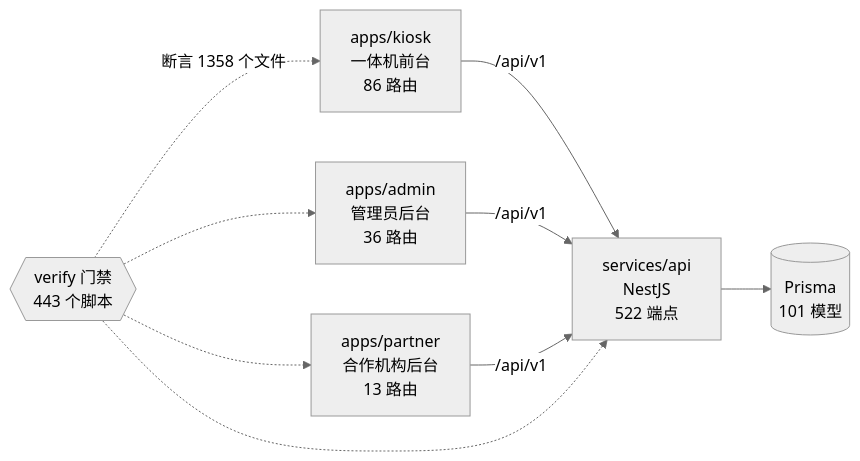
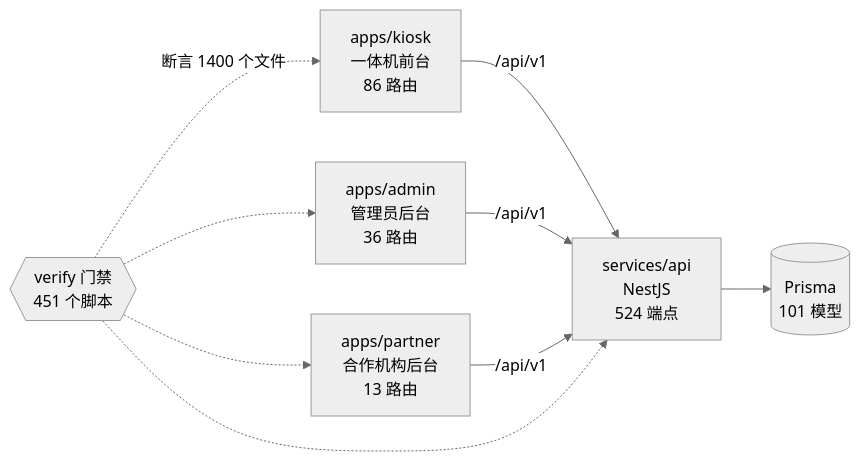
One commit to wanglei581/YITIJI changed the diagram in docs/graph/README.md. Above: the diagram before and after it, drawn with Mermaid (neutral theme). The commit also changed other lines of this file and 10 other files, not shown here.

````diff
--- a/docs/graph/README.md
+++ b/docs/graph/README.md
@@ -68,18 +68,18 @@
 ```mermaid
 flowchart LR
   kiosk["apps/kiosk<br/>一体机前台<br/>86 路由"]
   admin["apps/admin<br/>管理员后台<br/>36 路由"]
   partner["apps/partner<br/>合作机构后台<br/>13 路由"]
-  api["services/api<br/>NestJS<br/>522 端点"]
+  api["services/api<br/>NestJS<br/>524 端点"]
   db[("Prisma<br/>101 模型")]
-  gates{{"verify 门禁<br/>443 个脚本"}}
+  gates{{"verify 门禁<br/>451 个脚本"}}
 
   kiosk -->|"/api/v1"| api
   admin -->|"/api/v1"| api
   partner -->|"/api/v1"| api
   api --> db
-  gates -.->|"断言 1358 个文件"| kiosk
+  gates -.->|"断言 1400 个文件"| kiosk
   gates -.-> admin
   gates -.-> partner
   gates -.-> api
 ```
````
